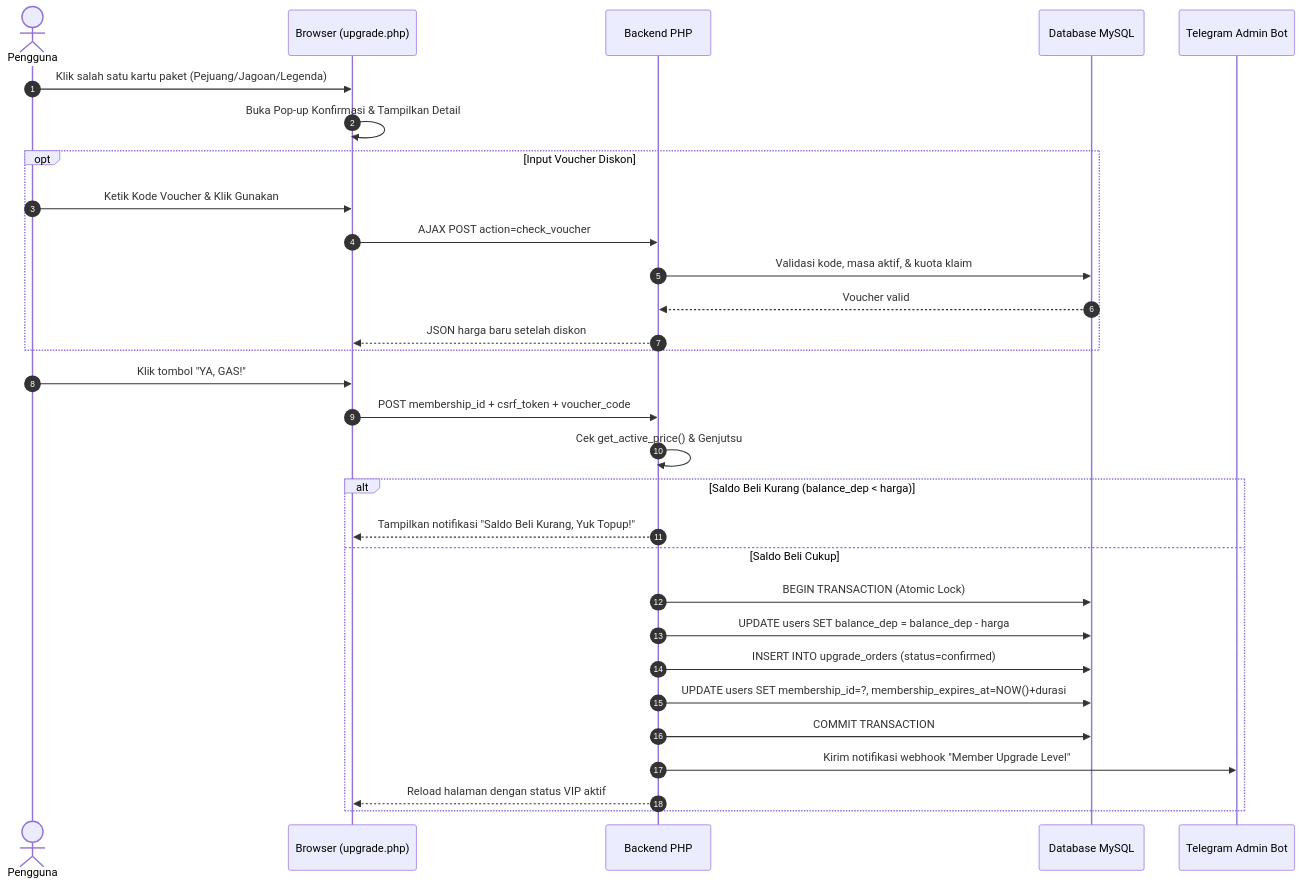
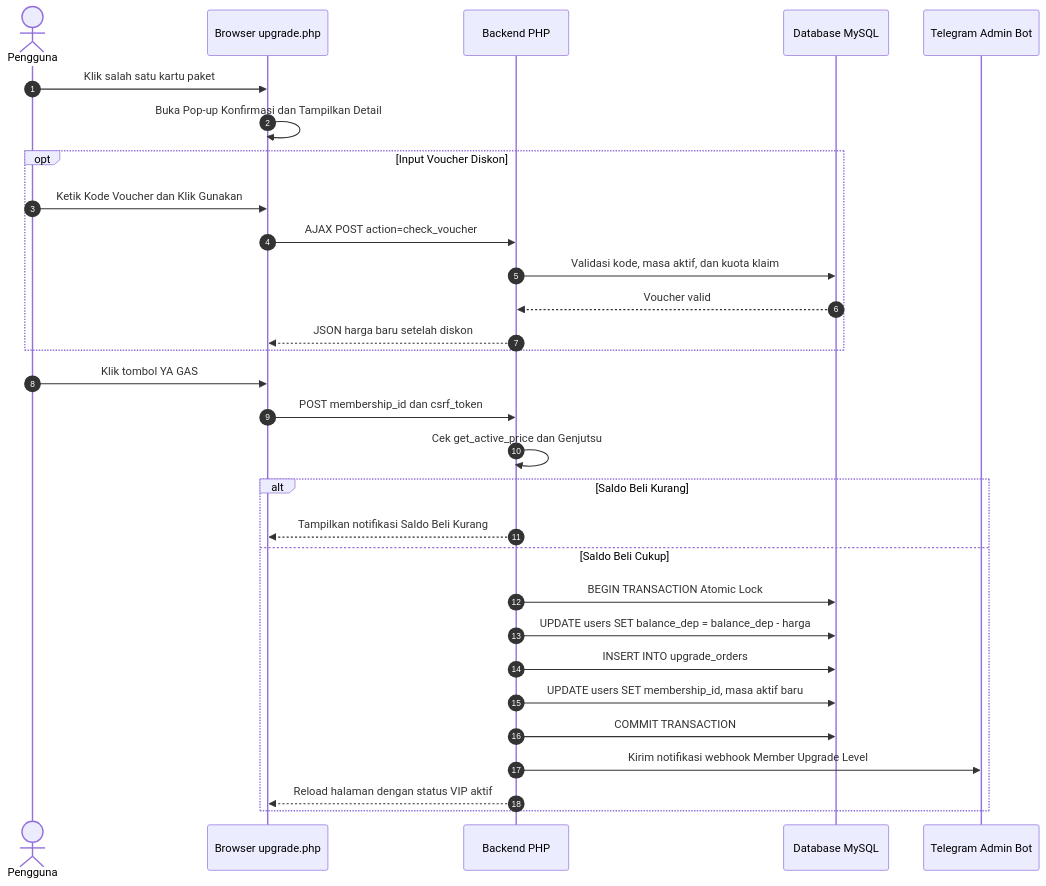
Before and after one commit to NixxyHorwitz/lebahcuan: the second of 5 diagrams in PANDUAN_UPGRADE_DAN_PROFIT.md, drawn with Mermaid. The commit also changed other lines of this file, not shown here.

Commit message:
fix(docs): fix Mermaid diagram syntax for GitHub markdown rendering

````diff
--- a/PANDUAN_UPGRADE_DAN_PROFIT.md
+++ b/PANDUAN_UPGRADE_DAN_PROFIT.md
@@ -60,35 +60,35 @@
 ```mermaid
 sequenceDiagram
     autonumber
     actor User as Pengguna
-    participant UI as Browser (upgrade.php)
+    participant UI as Browser upgrade.php
     participant Server as Backend PHP
     participant DB as Database MySQL
     participant TG as Telegram Admin Bot
 
-    User->>UI: Klik salah satu kartu paket (Pejuang/Jagoan/Legenda)
-    UI->>UI: Buka Pop-up Konfirmasi & Tampilkan Detail
+    User->>UI: Klik salah satu kartu paket
+    UI->>UI: Buka Pop-up Konfirmasi dan Tampilkan Detail
     opt Input Voucher Diskon
-        User->>UI: Ketik Kode Voucher & Klik Gunakan
+        User->>UI: Ketik Kode Voucher dan Klik Gunakan
         UI->>Server: AJAX POST action=check_voucher
-        Server->>DB: Validasi kode, masa aktif, & kuota klaim
+        Server->>DB: Validasi kode, masa aktif, dan kuota klaim
         DB-->>Server: Voucher valid
         Server-->>UI: JSON harga baru setelah diskon
     end
 
-    User->>UI: Klik tombol "YA, GAS!"
-    UI->>Server: POST membership_id + csrf_token + voucher_code
-    Server->>Server: Cek get_active_price() & Genjutsu
+    User->>UI: Klik tombol YA GAS
+    UI->>Server: POST membership_id dan csrf_token
+    Server->>Server: Cek get_active_price dan Genjutsu
 
-    alt Saldo Beli Kurang (balance_dep < harga)
-        Server-->>UI: Tampilkan notifikasi "Saldo Beli Kurang, Yuk Topup!"
+    alt Saldo Beli Kurang
+        Server-->>UI: Tampilkan notifikasi Saldo Beli Kurang
     else Saldo Beli Cukup
-        Server->>DB: BEGIN TRANSACTION (Atomic Lock)
+        Server->>DB: BEGIN TRANSACTION Atomic Lock
         Server->>DB: UPDATE users SET balance_dep = balance_dep - harga
-        Server->>DB: INSERT INTO upgrade_orders (status=confirmed)
-        Server->>DB: UPDATE users SET membership_id=?, membership_expires_at=NOW()+durasi
+        Server->>DB: INSERT INTO upgrade_orders
+        Server->>DB: UPDATE users SET membership_id, masa aktif baru
         Server->>DB: COMMIT TRANSACTION
-        Server->>TG: Kirim notifikasi webhook "Member Upgrade Level"
+        Server->>TG: Kirim notifikasi webhook Member Upgrade Level
         Server-->>UI: Reload halaman dengan status VIP aktif
     end
 ```
````
